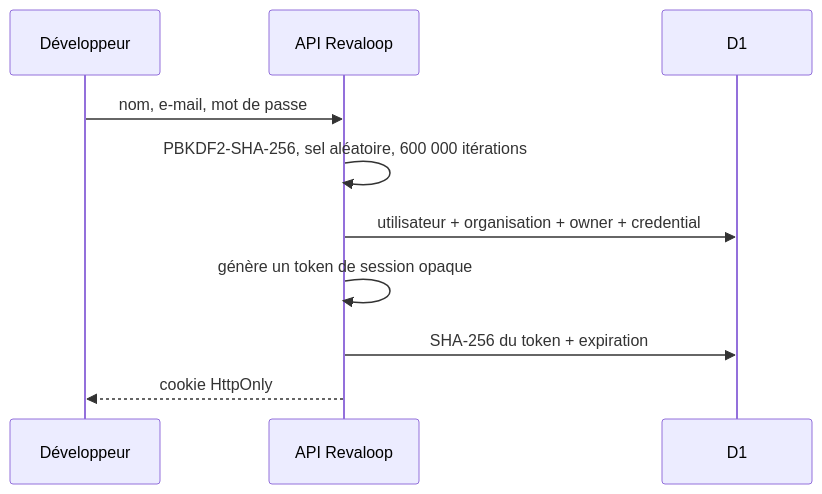
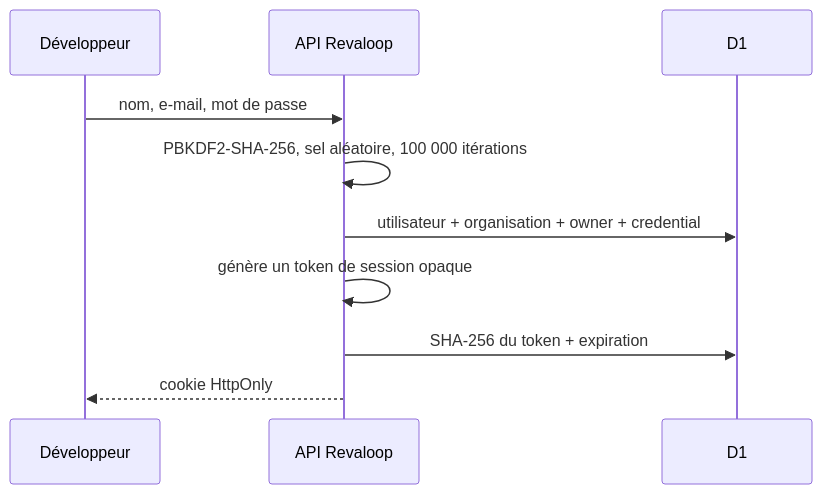
The fourth of 5 diagrams in docs/DATABASE_MCD.md (rfielbal/Revaloop), drawn with Mermaid before and after one commit. The commit also changed other lines of this file and 35 other files, not shown here.

````diff
--- a/docs/DATABASE_MCD.md
+++ b/docs/DATABASE_MCD.md
@@ -216,13 +216,13 @@
 ```mermaid
 sequenceDiagram
     participant D as Développeur
     participant API as API Revaloop
     participant DB as D1
 
     D->>API: nom, e-mail, mot de passe
-    API->>API: PBKDF2-SHA-256, sel aléatoire, 600 000 itérations
+    API->>API: PBKDF2-SHA-256, sel aléatoire, 100 000 itérations
     API->>DB: utilisateur + organisation + owner + credential
     API->>API: génère un token de session opaque
     API->>DB: SHA-256 du token + expiration
     API-->>D: cookie HttpOnly
 ```
````
